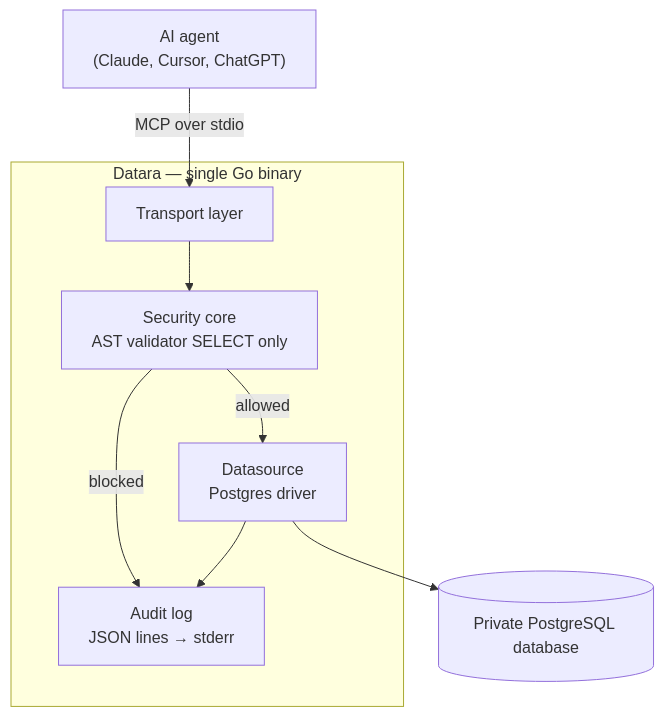
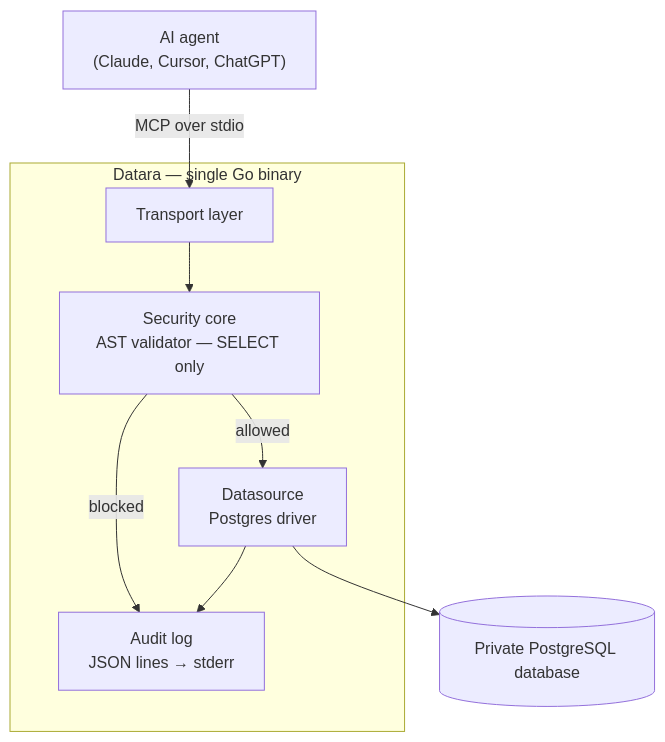
Before and after one commit to Fabien-Halaby/datara: the diagram in README.md, drawn with Mermaid. The commit also changed other lines of this file, not shown here.

````diff
--- a/README.md
+++ b/README.md
@@ -42,13 +42,13 @@
 ```mermaid
 flowchart TD
     A["AI agent<br/>(Claude, Cursor, ChatGPT)"] -->|MCP over stdio| B[Transport layer]
 
     subgraph Datara["Datara — single Go binary"]
-        B --> C["Security core<br/>AST validator SELECT only"]
+        B --> C["Security core<br/>AST validator — SELECT only"]
         C -->|allowed| D["Datasource<br/>Postgres driver"]
         C -->|blocked| E["Audit log<br/>JSON lines → stderr"]
         D --> E
     end
 
     D --> F[(Private PostgreSQL database)]
 ```
````
